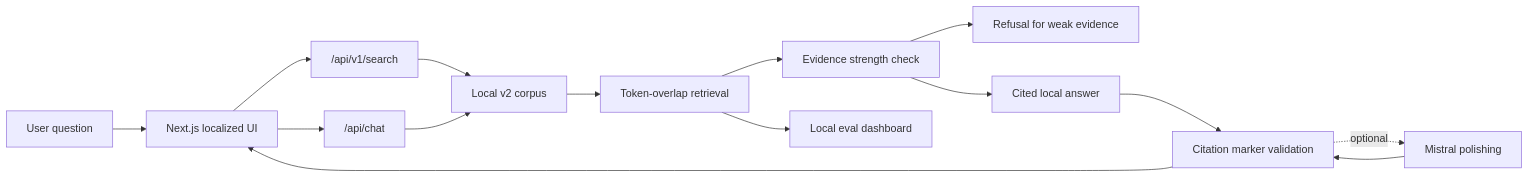
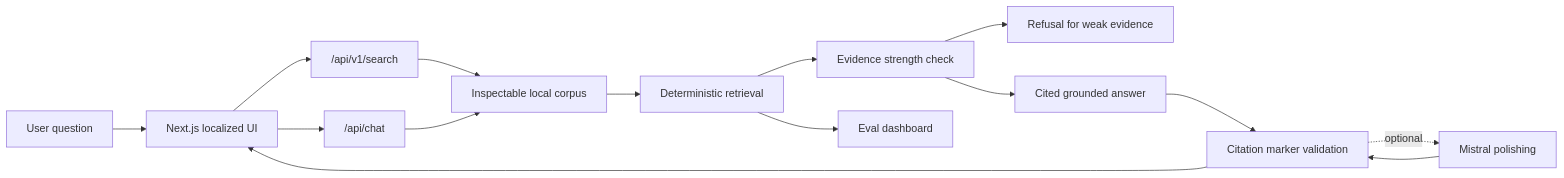
The diagram in README.md (abigailbrionesa/yachaybot), drawn with Mermaid before and after one commit. The commit also changed other lines of this file, not shown here.

````diff
--- a/README.md
+++ b/README.md
@@ -65,17 +68,17 @@
 ```mermaid
 flowchart LR
   User["User question"] --> UI["Next.js localized UI"]
   UI --> SearchAPI["/api/v1/search"]
   UI --> ChatAPI["/api/chat"]
-  SearchAPI --> Corpus["Local v2 corpus"]
+  SearchAPI --> Corpus["Inspectable local corpus"]
   ChatAPI --> Corpus
-  Corpus --> Retrieval["Token-overlap retrieval"]
+  Corpus --> Retrieval["Deterministic retrieval"]
   Retrieval --> Evidence["Evidence strength check"]
   Evidence --> Refusal["Refusal for weak evidence"]
-  Evidence --> LocalAnswer["Cited local answer"]
+  Evidence --> LocalAnswer["Cited grounded answer"]
   LocalAnswer --> CitationCheck["Citation marker validation"]
   CitationCheck --> UI
   CitationCheck -. optional .-> Mistral["Mistral polishing"]
   Mistral --> CitationCheck
-  Retrieval --> Evals["Local eval dashboard"]
+  Retrieval --> Evals["Eval dashboard"]
 ```
````
